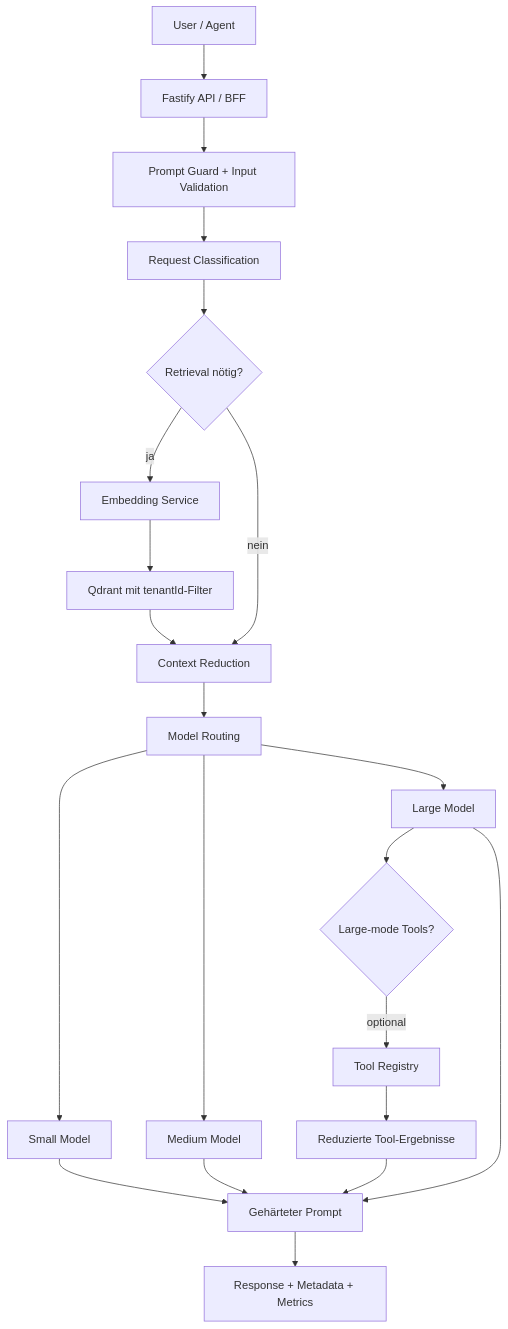
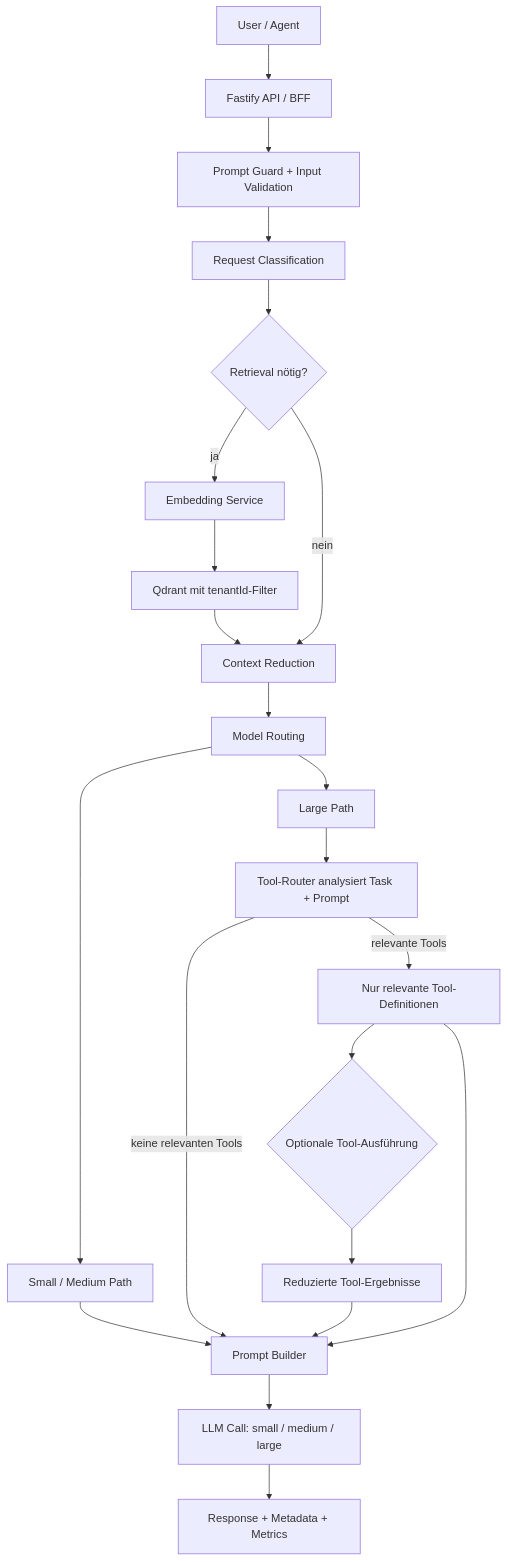
Before and after one commit to jan-philippvieth-svg/ai-agent-orchestrator-backend: the diagram in README.md, drawn with Mermaid. The commit also changed other lines of this file, not shown here.

Commit message:
fix architecture diagram: add tool router before LLM

````diff
--- a/README.md
+++ b/README.md
@@ -13,23 +13,24 @@
 ```mermaid
 flowchart TD
   User["User / Agent"] --> API["Fastify API / BFF"]
   API --> Guard["Prompt Guard + Input Validation"]
   Guard --> Classifier["Request Classification"]
   Classifier --> Retrieval{"Retrieval nötig?"}
   Retrieval -- ja --> Embed["Embedding Service"]
   Embed --> Qdrant["Qdrant mit tenantId-Filter"]
   Qdrant --> Context["Context Reduction"]
   Retrieval -- nein --> Context
   Context --> Router["Model Routing"]
-  Router --> Small["Small Model"]
-  Router --> Medium["Medium Model"]
-  Router --> Large["Large Model"]
-  Large --> Tools{"Large-mode Tools?"}
-  Tools -- optional --> ToolRegistry["Tool Registry"]
-  ToolRegistry --> ToolContext["Reduzierte Tool-Ergebnisse"]
-  ToolContext --> Prompt["Gehärteter Prompt"]
-  Small --> Prompt
-  Medium --> Prompt
-  Large --> Prompt
-  Prompt --> Response["Response + Metadata + Metrics"]
+  Router --> SmallPath["Small / Medium Path"]
+  Router --> LargePath["Large Path"]
+  LargePath --> ToolRouter["Tool-Router analysiert Task + Prompt"]
+  ToolRouter -- "keine relevanten Tools" --> Prompt
+  ToolRouter -- "relevante Tools" --> ToolList["Nur relevante Tool-Definitionen"]
+  ToolList --> ToolRegistry{"Optionale Tool-Ausführung"}
+  ToolRegistry --> ToolResults["Reduzierte Tool-Ergebnisse"]
+  SmallPath --> Prompt["Prompt Builder"]
+  ToolList --> Prompt
+  ToolResults --> Prompt
+  Prompt --> LLM["LLM Call: small / medium / large"]
+  LLM --> Response["Response + Metadata + Metrics"]
 ```
````
